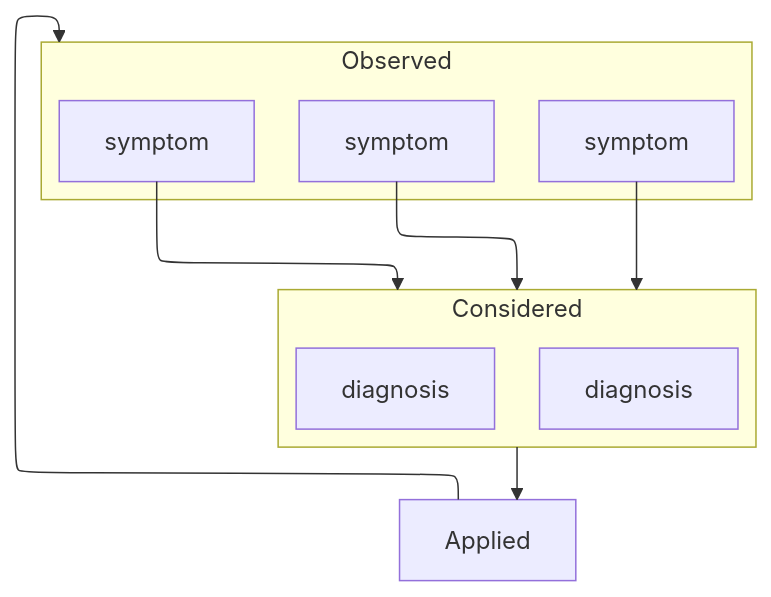
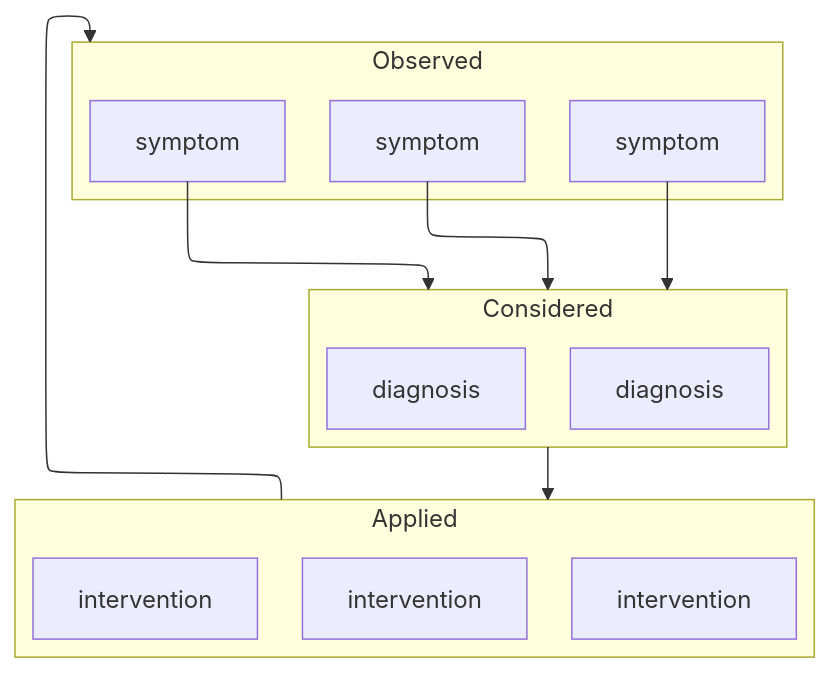
The diagram in README.md (tkellogg/agent-diagnostic-manual), drawn with Mermaid before and after one commit.

Commit message:
Add mermaid subgraph

````diff
--- a/README.md
+++ b/README.md
@@ -9,26 +9,32 @@
 ```mermaid
 ---
 config:
   layout: elk
   elk:
     preset: modelOrder
 ---
 flowchart TD
     subgraph Observed
         s1[symptom]
         s2[symptom]
         s3[symptom]
     end
 
     subgraph Considered
         d1[diagnosis]
         d2[diagnosis]
     end
 
+    subgraph Applied
+        i1[intervention]
+        i2[intervention]
+        i3[intervention]
+    end
+
     s1 --> Considered --> Applied
     s2 --> Considered
     s3 --> Considered
 
 
     Applied --> Observed
 ```
````
